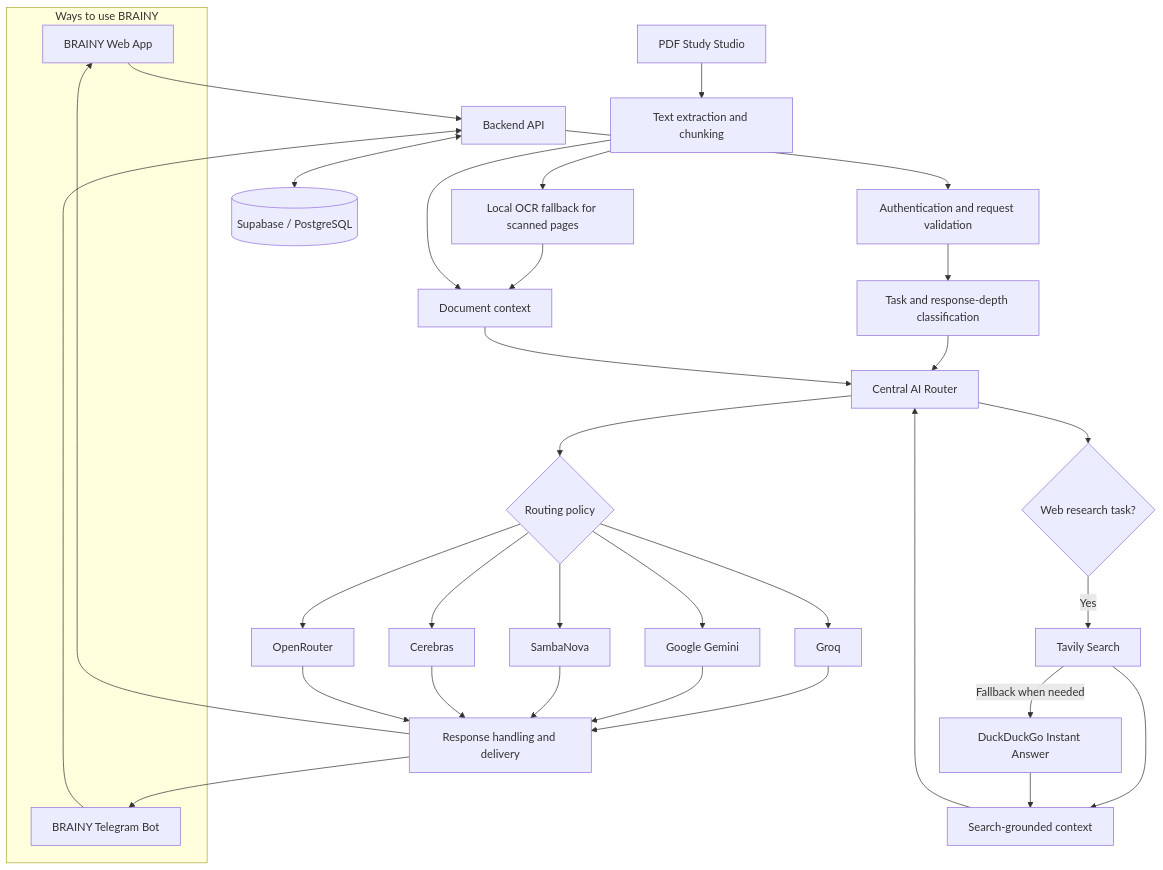
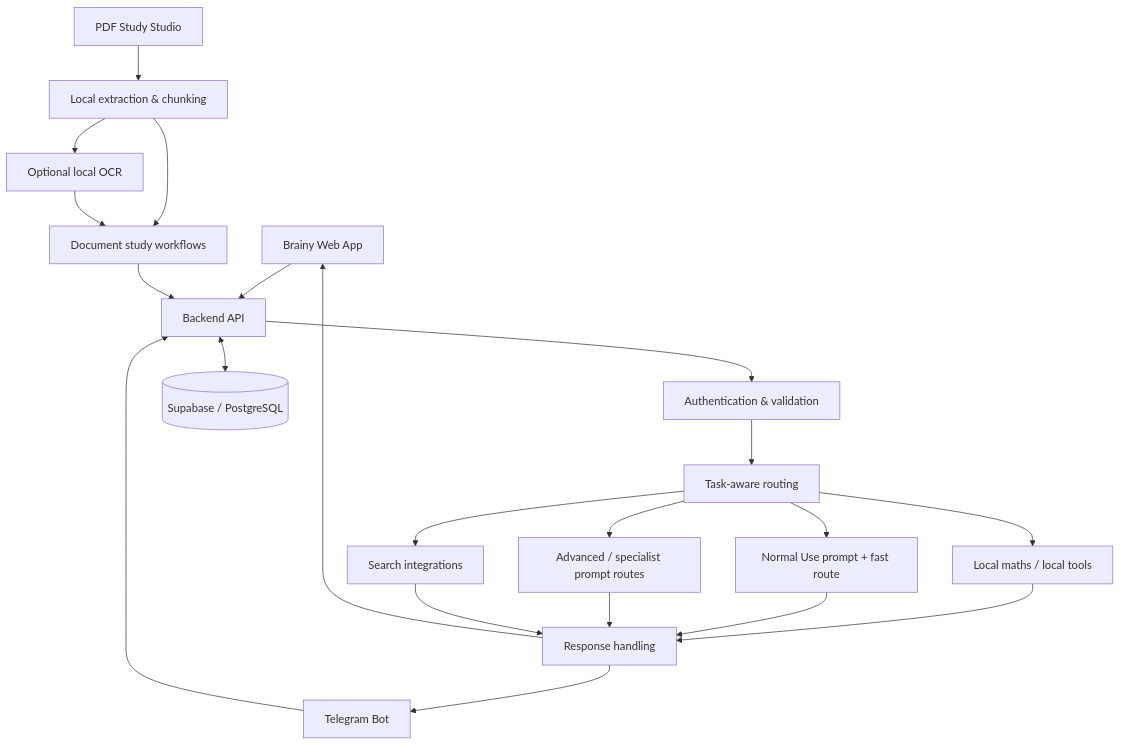
The diagram in README.md (shreyanshio/BrainyAi), drawn with Mermaid before and after one commit. The commit also changed other lines of this file, not shown here.

Commit message:
docs(readme): refresh Brainy project landing page

````diff
--- a/README.md
+++ b/README.md
@@ -93,45 +117,23 @@
-```mermaid
+~~~mermaid
 flowchart TD
-    subgraph ENTRY["Ways to use BRAINY"]
-        WEB["BRAINY Web App"]
-        TG["BRAINY Telegram Bot"]
-    end
-
-    WEB --> API["Backend API"]
-    TG --> API
-
-    API --> AUTH["Authentication and request validation"]
-    AUTH --> CLASSIFY["Task and response-depth classification"]
-    CLASSIFY --> ROUTER["Central AI Router"]
-
-    ROUTER --> SELECT{"Routing policy"}
-    SELECT --> GROQ["Groq"]
-    SELECT --> GEMINI["Google Gemini"]
-    SELECT --> SAMBA["SambaNova"]
-    SELECT --> CEREBRAS["Cerebras"]
-    SELECT --> OPENROUTER["OpenRouter"]
-
-    GROQ --> RESULT["Response handling and delivery"]
-    GEMINI --> RESULT
-    SAMBA --> RESULT
-    CEREBRAS --> RESULT
-    OPENROUTER --> RESULT
-
-    ROUTER --> RESEARCH{"Web research task?"}
-    RESEARCH -->|Yes| TAVILY["Tavily Search"]
-    TAVILY -->|Fallback when needed| DDG["DuckDuckGo Instant Answer"]
-    TAVILY --> GROUNDED["Search-grounded context"]
-    DDG --> GROUNDED
-    GROUNDED --> ROUTER
-
+    WEB["Brainy Web App"] --> API["Backend API"]
+    TG["Telegram Bot"] --> API
+    API --> AUTH["Authentication & validation"]
+    AUTH --> ROUTER["Task-aware routing"]
+    ROUTER --> LOCAL["Local maths / local tools"]
+    ROUTER --> NORMAL["Normal Use prompt + fast route"]
+    ROUTER --> ADVANCED["Advanced / specialist prompt routes"]
+    ROUTER --> SEARCH["Search integrations"]
+    LOCAL --> OUT["Response handling"]
+    NORMAL --> OUT
+    ADVANCED --> OUT
+    SEARCH --> OUT
     API <--> DB[("Supabase / PostgreSQL")]
-
-    PDF["PDF Study Studio"] --> EXTRACT["Text extraction and chunking"]
-    EXTRACT --> OCR["Local OCR fallback for scanned pages"]
-    OCR --> DOCCTX["Document context"]
-    EXTRACT --> DOCCTX
-    DOCCTX --> ROUTER
-
-    RESULT --> WEB
-    RESULT --> TG
-```
+    PDF["PDF Study Studio"] --> EXTRACT["Local extraction & chunking"]
+    EXTRACT --> OCR["Optional local OCR"]
+    EXTRACT --> DOC["Document study workflows"]
+    OCR --> DOC
+    DOC --> API
+    OUT --> WEB
+    OUT --> TG
+~~~
````
